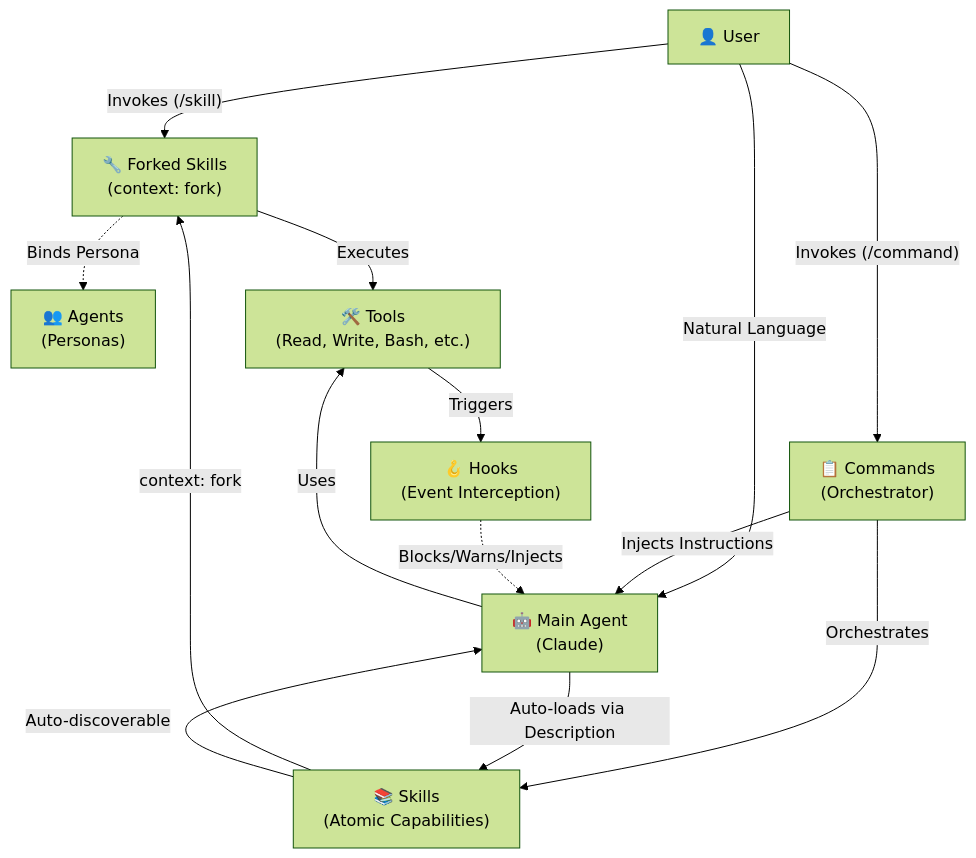
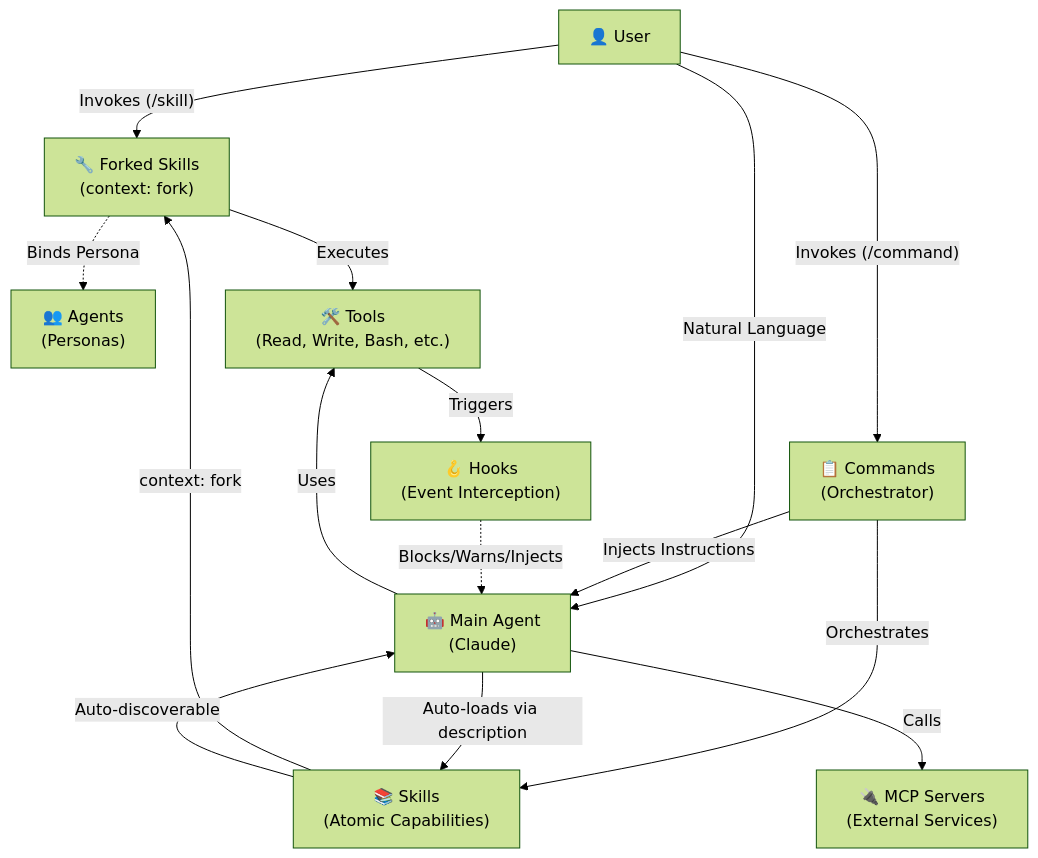
The diagram in CLAUDE.md (Git-Fg/thecattoolkit), drawn with Mermaid (forest theme) before and after one commit. The commit also changed other lines of this file and 48 other files, not shown here.

````diff
--- a/CLAUDE.md
+++ b/CLAUDE.md
@@ -642,29 +580,31 @@
 ```mermaid
 graph TB
     User["👤 User"]
     MainAgent["🤖 Main Agent<br/>(Claude)"]
     Commands["📋 Commands<br/>(Orchestrator)"]
     ForkedSkills["🔧 Forked Skills<br/>(context: fork)"]
     Skills["📚 Skills<br/>(Atomic Capabilities)"]
     Agents["👥 Agents<br/>(Personas)"]
     Tools["🛠️ Tools<br/>(Read, Write, Bash, etc.)"]
     Hooks["🪝 Hooks<br/>(Event Interception)"]
+    MCP["🔌 MCP Servers<br/>(External Services)"]
 
     User -->|"Invokes (/skill)"| ForkedSkills
     User -->|"Invokes (/command)"| Commands
     User -->|"Natural Language"| MainAgent
 
     Commands -->|"Orchestrates"| Skills
     Commands -->|"Injects Instructions"| MainAgent
 
-    MainAgent -->|"Auto-loads via Description"| Skills
+    MainAgent -->|"Auto-loads via description"| Skills
     MainAgent -->|"Uses"| Tools
+    MainAgent -->|"Calls"| MCP
 
     Skills -->|"context: fork"| ForkedSkills
     ForkedSkills -.->|"Binds Persona"| Agents
     ForkedSkills -->|"Executes"| Tools
     Skills -->|"Auto-discoverable"| MainAgent
 
     Tools -->|"Triggers"| Hooks
     Hooks -.->|"Blocks/Warns/Injects"| MainAgent
 ```
````
